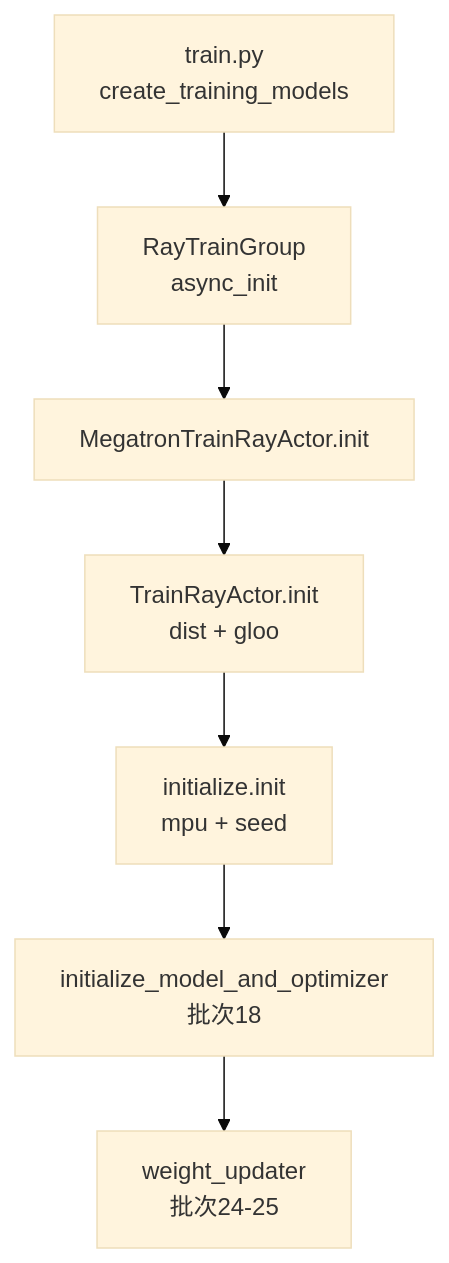
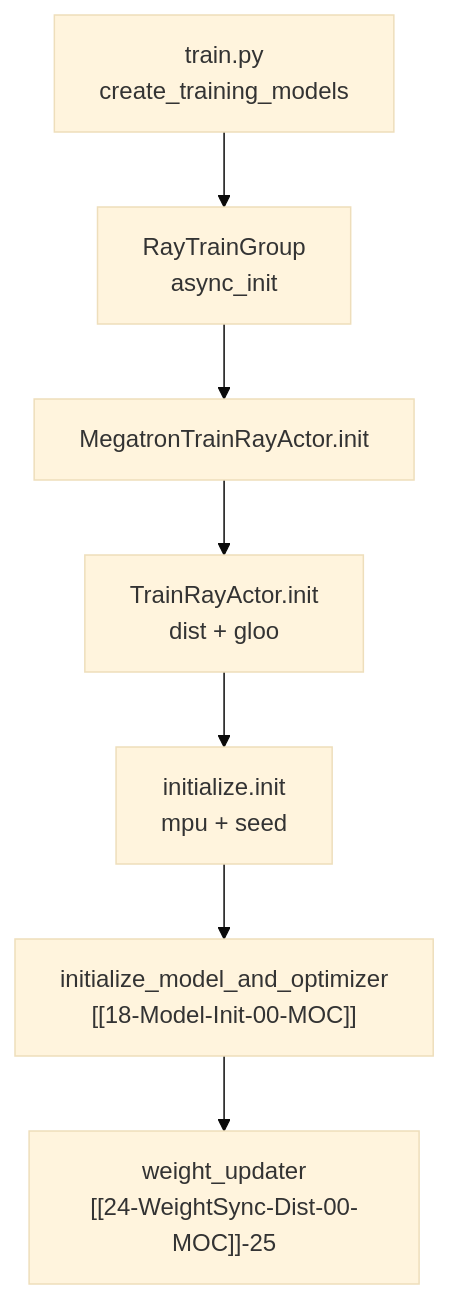
One commit to OnlyHero5/ai-infra-reading-vault changed the diagram in slime_reading/04-训练后端/17-Megatron-Actor-Init/17-Megatron-Actor-Init-00-MOC.md. Above: the diagram before and after it, drawn with Mermaid (base theme). The commit also changed other lines of this file and 421 other files, not shown here.

````diff
--- a/slime_reading/04-训练后端/17-Megatron-Actor-Init/17-Megatron-Actor-Init-00-MOC.md
+++ b/slime_reading/04-训练后端/17-Megatron-Actor-Init/17-Megatron-Actor-Init-00-MOC.md
@@ -25,12 +24,12 @@
 ```mermaid
 flowchart TB
     TR["train.py<br/>create_training_models"]
     RG["RayTrainGroup<br/>async_init"]
     MA["MegatronTrainRayActor.init"]
     TI["TrainRayActor.init<br/>dist + gloo"]
     MI["initialize.init<br/>mpu + seed"]
-    MO["initialize_model_and_optimizer<br/>批次18"]
-    WU["weight_updater<br/>批次24-25"]
+    MO["initialize_model_and_optimizer<br/>[[18-Model-Init-00-MOC]]"]
+    WU["weight_updater<br/>[[24-WeightSync-Dist-00-MOC]]-25"]
     TR --> RG --> MA
     MA --> TI --> MI --> MO --> WU
 ```
````
